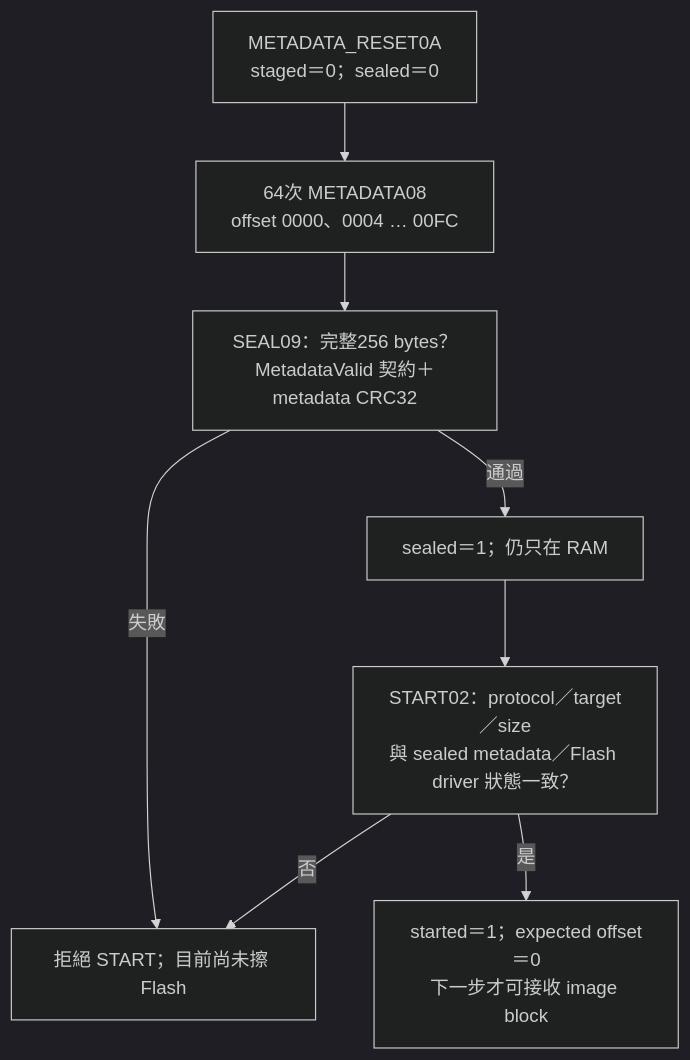
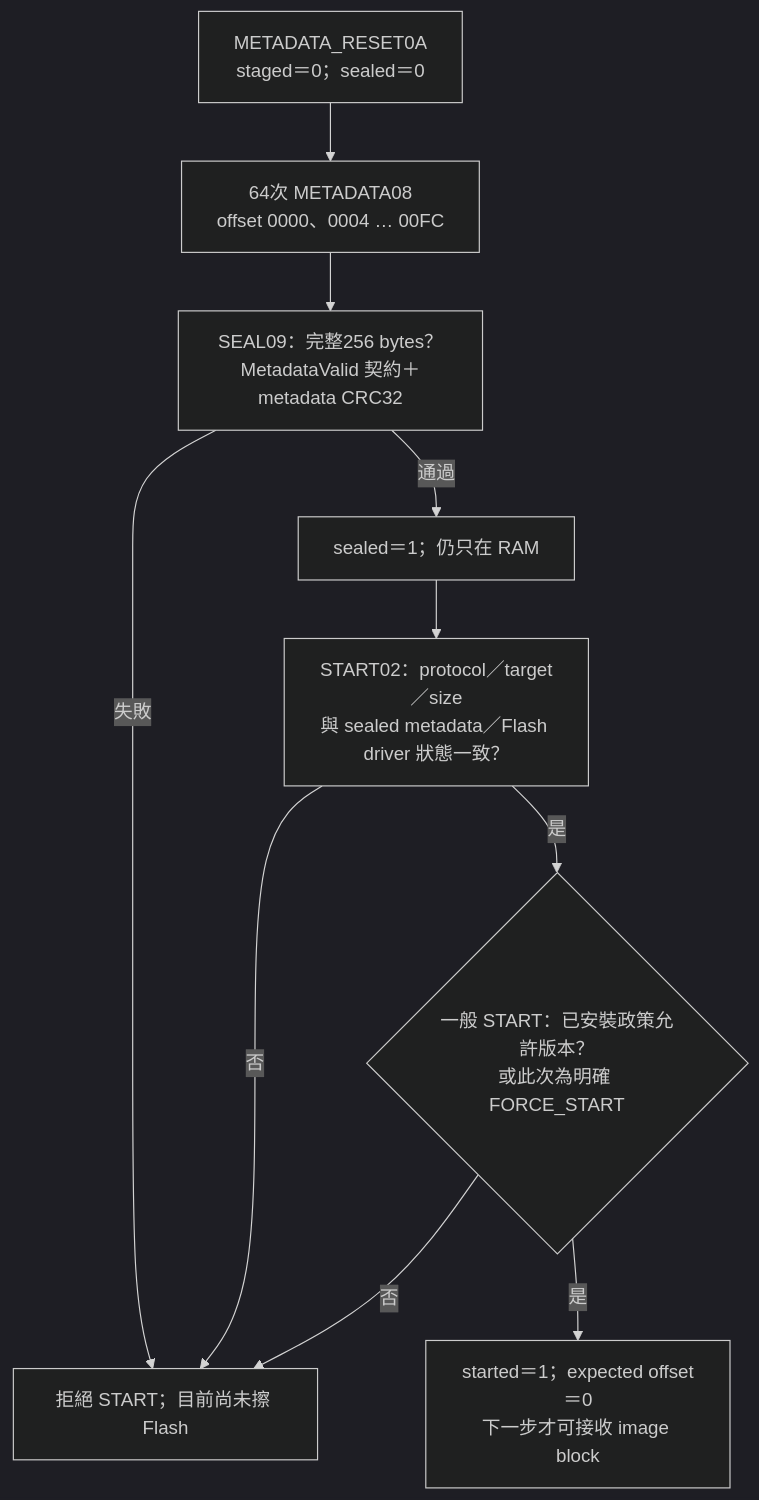
One commit to released/slide_isp_tool_for_RL78 changed the eighth of 15 diagrams in index.md. Above: the diagram before and after it, drawn with Mermaid (dark theme). The commit also changed other lines of this file and 4 other files, not shown here.

````diff
--- a/index.md
+++ b/index.md
@@ -387,10 +394,12 @@
 ```mermaid
 flowchart TD
     R["METADATA_RESET0A<br/>staged＝0；sealed＝0"] --> C["64次 METADATA08<br/>offset 0000、0004 … 00FC"]
     C --> S["SEAL09：完整256 bytes？<br/>MetadataValid 契約＋metadata CRC32"]
     S -->|失敗| X["拒絕 START；目前尚未擦 Flash"]
     S -->|通過| P["sealed＝1；仍只在 RAM"]
     P --> A["START02：protocol／target／size<br/>與 sealed metadata／Flash driver 狀態一致？"]
     A -->|否| X
-    A -->|是| B["started＝1；expected offset＝0<br/>下一步才可接收 image block"]
+    A -->|是| V{"一般 START：已安裝政策允許版本？<br/>或此次為明確 FORCE_START"}
+    V -->|否| X
+    V -->|是| B["started＝1；expected offset＝0<br/>下一步才可接收 image block"]
 ```
````
